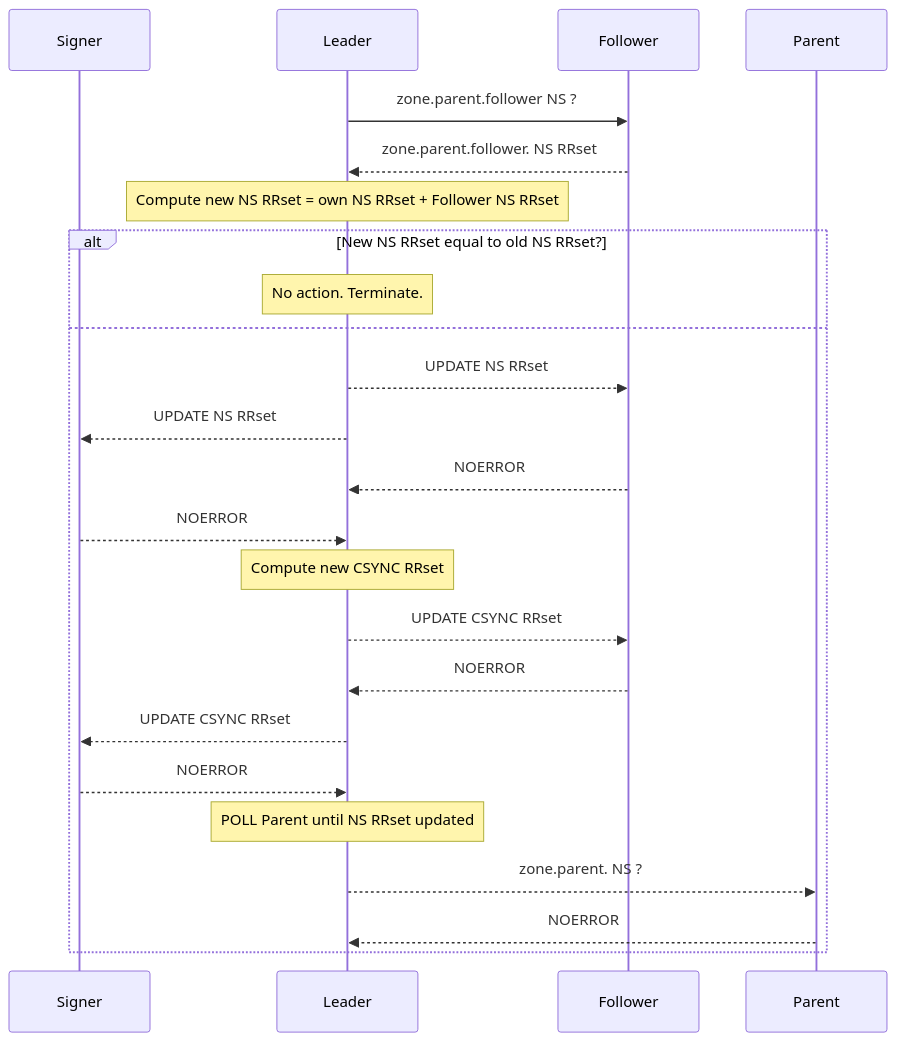
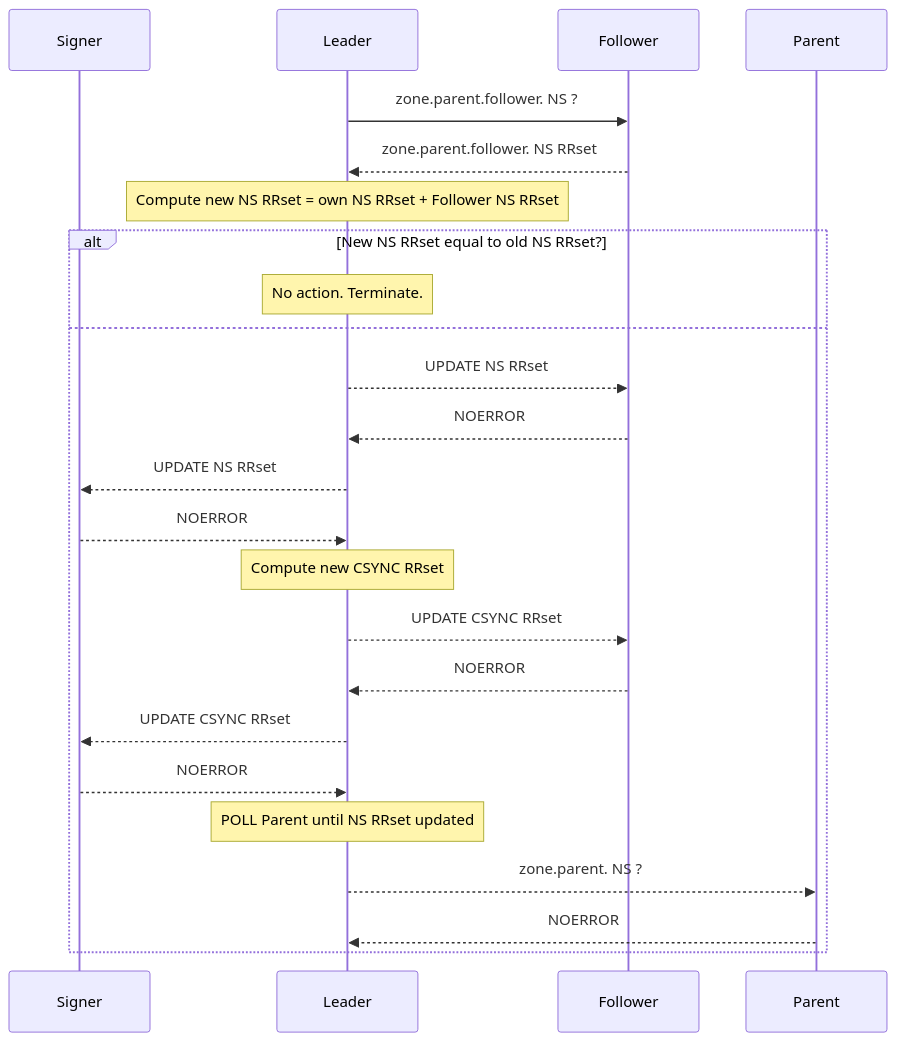
One commit to johanix/tdns changed the diagram in sidecar/PROCESSES.md. Above: the diagram before and after it, drawn with Mermaid.

````diff
--- a/sidecar/PROCESSES.md
+++ b/sidecar/PROCESSES.md
@@ -3,27 +3,27 @@
 ```mermaid
 sequenceDiagram
     participant Signer
     participant Leader
     participant Follower
     participant Parent
-    Leader->>Follower: zone.parent.follower NS ?
+    Leader->>Follower: zone.parent.follower. NS ?
     Follower-->>Leader: zone.parent.follower. NS RRset
     Note over Leader: Compute new NS RRset = own NS RRset + Follower NS RRset
     alt New NS RRset equal to old NS RRset?
        Note over Leader: No action. Terminate.
     else
        Leader-->>Follower: UPDATE NS RRset
+       Follower-->>Leader: NOERROR
        Leader-->>Signer: UPDATE NS RRset
-       Follower-->>Leader: NOERROR
        Signer-->>Leader: NOERROR
        Note over Leader: Compute new CSYNC RRset
        Leader-->>Follower: UPDATE CSYNC RRset
        Follower-->>Leader: NOERROR
        Leader-->>Signer: UPDATE CSYNC RRset
        Signer-->>Leader: NOERROR
        Note over Leader: POLL Parent until NS RRset updated
        Leader-->>Parent: zone.parent. NS ?
        Parent-->>Leader: NOERROR
    end
 
 ```
````
